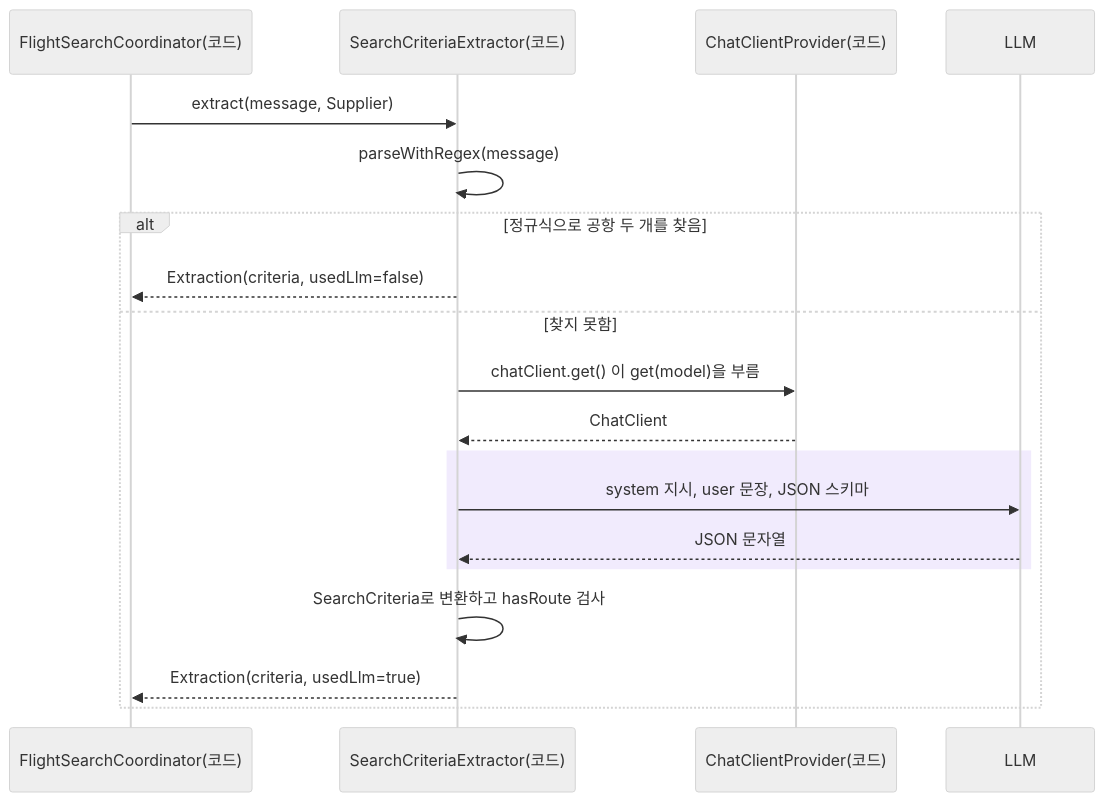
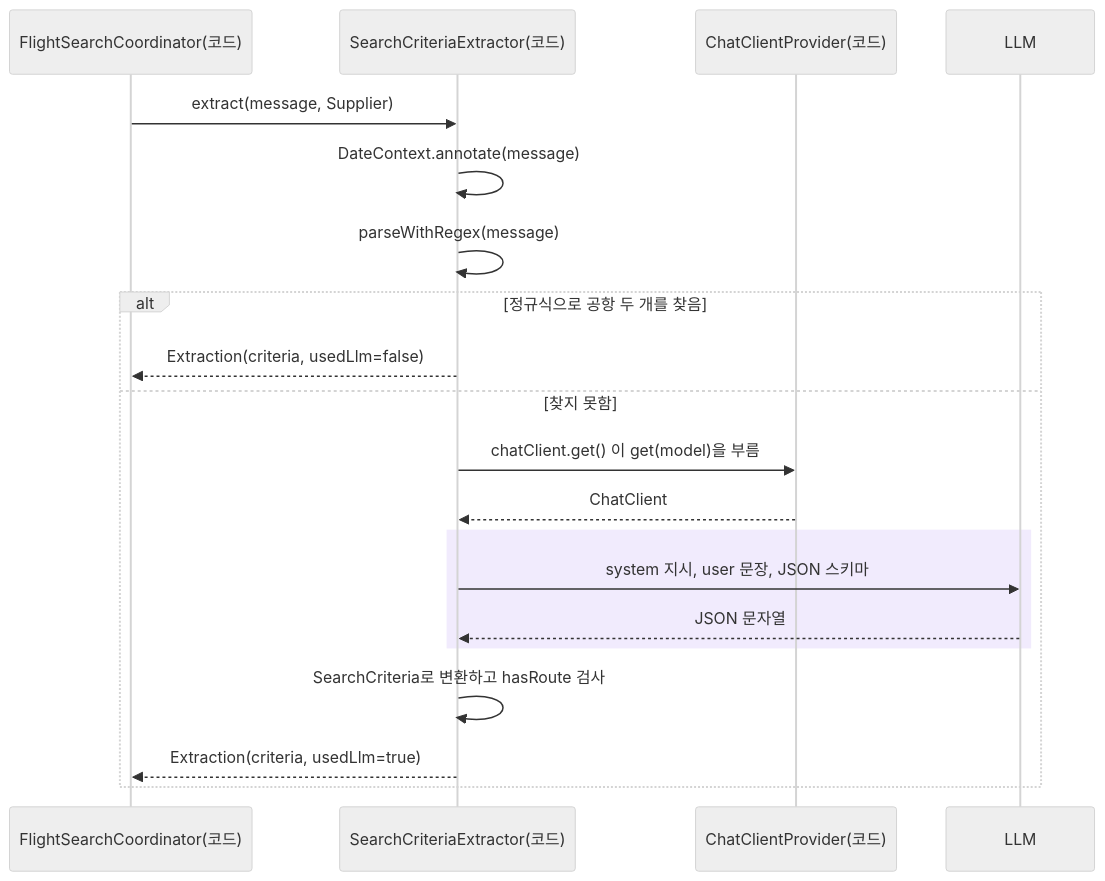
The second of 2 diagrams in docs/02-chatclient.md (nhn-academy-marco/ai-fly-schedule), drawn with Mermaid (neutral theme) before and after one commit. The commit also changed other lines of this file and 13 other files, not shown here.

````diff
--- a/docs/02-chatclient.md
+++ b/docs/02-chatclient.md
@@ -213,21 +219,22 @@
 ```mermaid
 sequenceDiagram
     participant C as FlightSearchCoordinator(코드)
     participant X as SearchCriteriaExtractor(코드)
     participant P as ChatClientProvider(코드)
     participant L as LLM
     C->>X: extract(message, Supplier)
+    X->>X: DateContext.annotate(message)
     X->>X: parseWithRegex(message)
     alt 정규식으로 공항 두 개를 찾음
         X-->>C: Extraction(criteria, usedLlm=false)
     else 찾지 못함
         X->>P: chatClient.get() 이 get(model)을 부름
         P-->>X: ChatClient
         rect rgb(241,235,253)
             X->>L: system 지시, user 문장, JSON 스키마
             L-->>X: JSON 문자열
         end
         X->>X: SearchCriteria로 변환하고 hasRoute 검사
         X-->>C: Extraction(criteria, usedLlm=true)
     end
 ```
````
